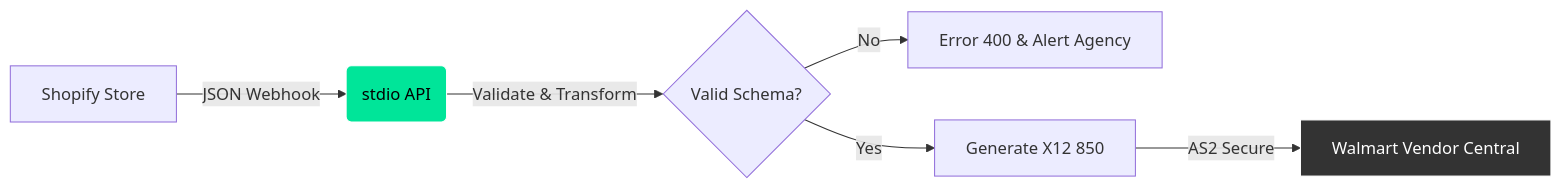
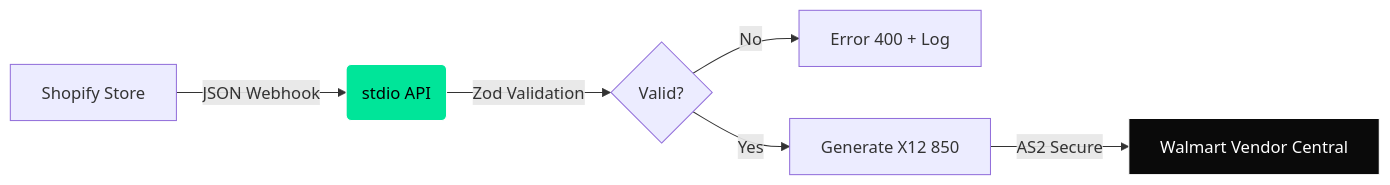
The diagram in introduction.mdx (admin-elogic/docs), drawn with Mermaid before and after one commit. The commit also changed other lines of this file and 15 other files, not shown here.

````diff
--- a/introduction.mdx
+++ b/introduction.mdx
@@ -17,10 +14,10 @@
 ```mermaid
 graph LR
     A[Shopify Store] -- JSON Webhook --> B(stdio API)
-    B -- Validate & Transform --> C{Valid Schema?}
-    C -- No --> D[Error 400 & Alert Agency]
+    B -- Zod Validation --> C{Valid?}
+    C -- No --> D[Error 400 + Log]
     C -- Yes --> E[Generate X12 850]
     E -- AS2 Secure --> F[Walmart Vendor Central]
     style B fill:#00E599,color:#000,stroke:#fff
-    style F fill:#333,color:#fff,stroke:#fff
+    style F fill:#0A0A0A,color:#fff,stroke:#fff
 ```
````
